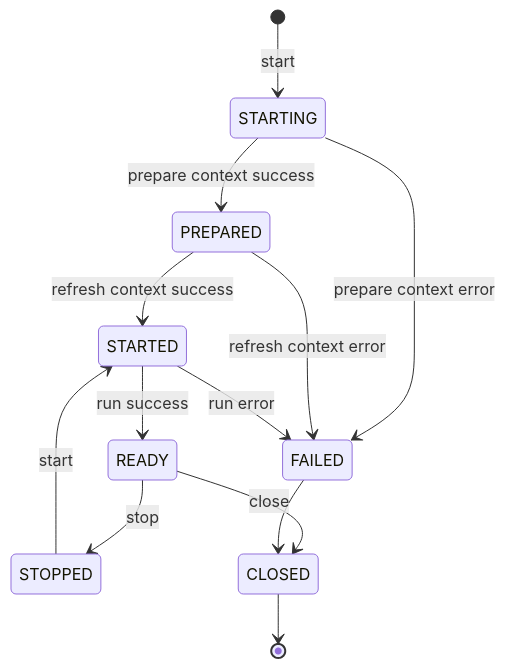
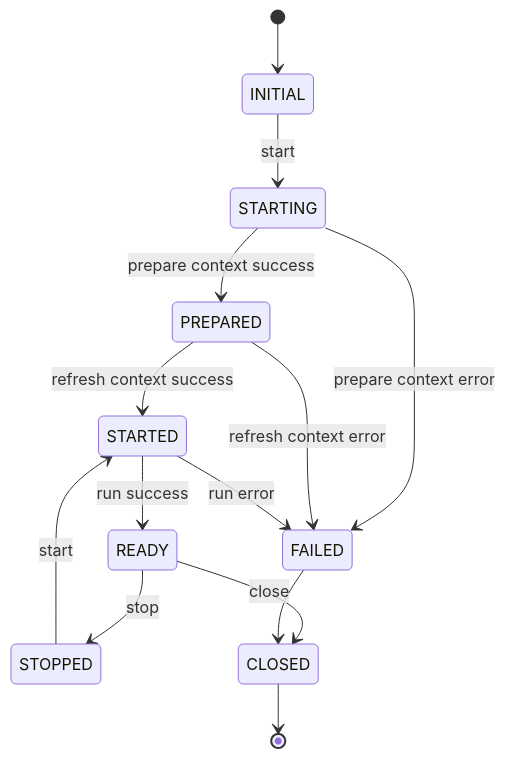
One commit to jd-opensource/joylive-agent changed the third of 6 diagrams in docs/cn/2.0/design.md. Above: the diagram before and after it, drawn with Mermaid. The commit also changed other lines of this file and 2 other files, not shown here.

Commit message:
Update roadmap

````diff
--- a/docs/cn/2.0/design.md
+++ b/docs/cn/2.0/design.md
@@ -133,17 +136,18 @@
 ```mermaid
 stateDiagram
     direction TB
-    [*] --> STARTING: start
+    [*] --> INITIAL
+    INITIAL --> STARTING: start
     STARTING --> PREPARED: prepare context success
     STARTING --> FAILED: prepare context error
     PREPARED --> STARTED: refresh context success
     PREPARED --> FAILED: refresh context error
     STARTED --> READY: run success
     STARTED --> FAILED: run error
     READY --> STOPPED: stop
     READY --> CLOSED: close
     STOPPED --> STARTED: start
     FAILED --> CLOSED
     CLOSED --> [*]
     
 ```
````
